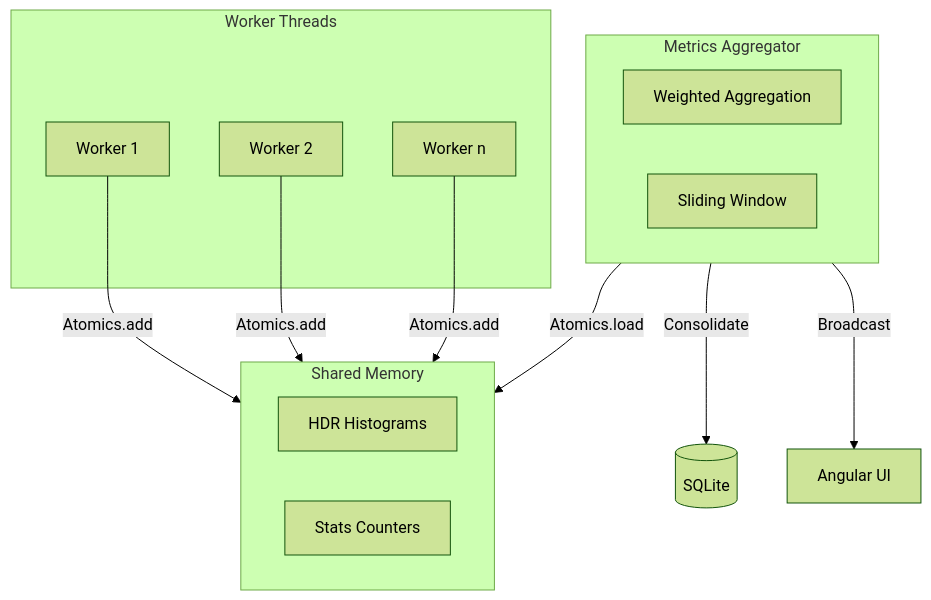
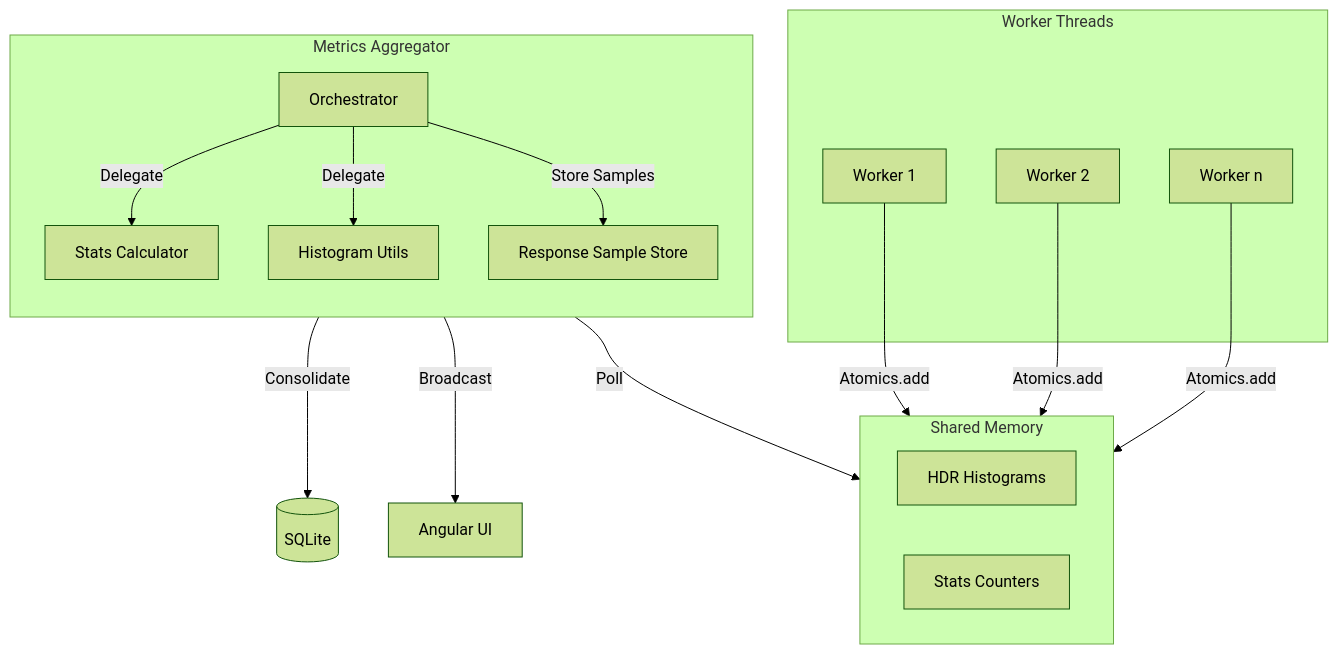
The diagram in docs/05-internals/04-metrics-and-calculations.md (kevinchatham/tressi), drawn with Mermaid (forest theme) before and after one commit. The commit also changed other lines of this file and 368 other files, not shown here.

````diff
--- a/docs/05-internals/04-metrics-and-calculations.md
+++ b/docs/05-internals/04-metrics-and-calculations.md
@@ -11,23 +11,29 @@
 ```mermaid
 flowchart TD
     subgraph Workers [Worker Threads]
         W1[Worker 1]
         W2[Worker 2]
         Wn[Worker n]
     end
 
     subgraph SM [Shared Memory]
         HH[HDR Histograms]
         SC[Stats Counters]
     end
 
     subgraph MA [Metrics Aggregator]
-        WA[Weighted Aggregation]
-        SW[Sliding Window]
+        direction TB
+        ORC[Orchestrator]
+        CALC[Stats Calculator]
+        STORE[Response Sample Store]
+        HIST[Histogram Utils]
     end
 
     W1 & W2 & Wn -->|Atomics.add| SM
-    MA -->|Atomics.load| SM
-    MA -->|Consolidate| DB[(SQLite)]
-    MA -->|Broadcast| UI[Angular UI]
+    ORC -->|Poll| SM
+    ORC -->|Delegate| CALC
+    ORC -->|Delegate| HIST
+    ORC -->|Store Samples| STORE
+    ORC -->|Consolidate| DB[(SQLite)]
+    ORC -->|Broadcast| UI[Angular UI]
 ```
````
